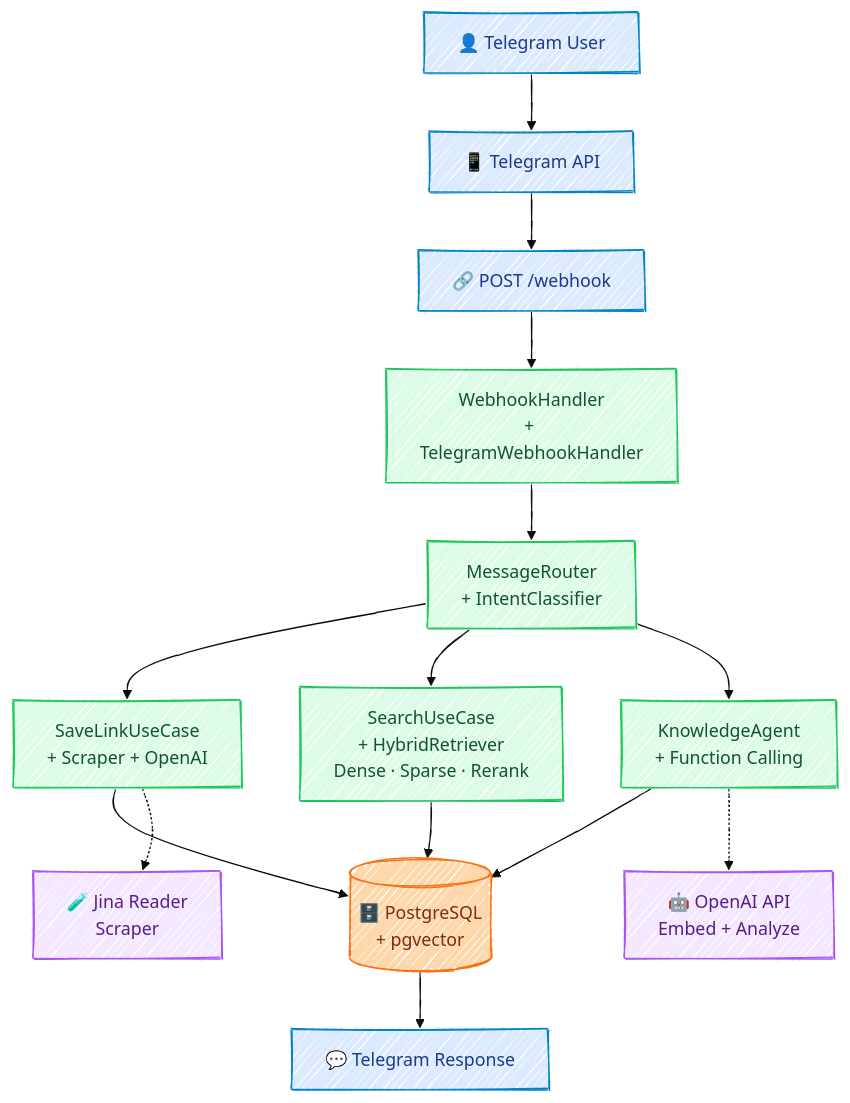
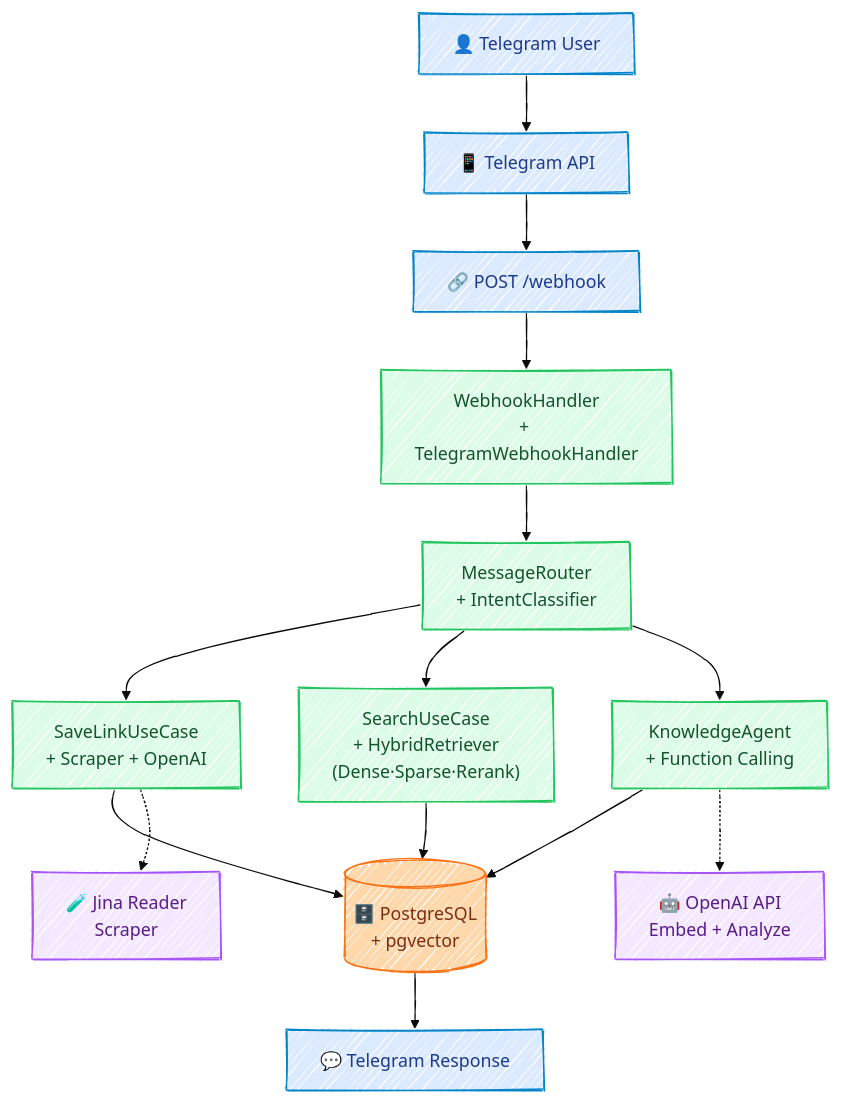
The second of 3 diagrams in docs/superpowers/specs/2026-03-15-diagram-conversion-design.md (chanubc/LinkdBot-RAG), drawn with Mermaid before and after one commit. The commit also changed other lines of this file, not shown here.

Commit message:
docs: fix diagram conversion spec - replace \n with <br/> and improve SearchUseCase alignment

````diff
--- a/docs/superpowers/specs/2026-03-15-diagram-conversion-design.md
+++ b/docs/superpowers/specs/2026-03-15-diagram-conversion-design.md
@@ -84,28 +84,28 @@
 ```mermaid
 %%{init: {"theme": "base", "look": "handDrawn", "themeVariables": {"fontFamily": "Comic Sans MS"}}}%%
 flowchart TD
     classDef input fill:#dbeafe,stroke:#0284c7,color:#1e3a8a
     classDef process fill:#dcfce7,stroke:#22c55e,color:#14532d
     classDef storage fill:#fed7aa,stroke:#f97316,color:#7c2d12
     classDef external fill:#f3e8ff,stroke:#a855f7,color:#581c87
 
     A[👤 Telegram User]:::input
     B[📱 Telegram API]:::input
     C[🔗 POST /webhook]:::input
-    D[WebhookHandler\n+ TelegramWebhookHandler]:::process
-    E[MessageRouter\n+ IntentClassifier]:::process
-    F[SaveLinkUseCase\n+ Scraper + OpenAI]:::process
-    G[SearchUseCase\n+ HybridRetriever\nDense · Sparse · Rerank]:::process
-    H[KnowledgeAgent\n+ Function Calling]:::process
-    I[(🗄️ PostgreSQL\n+ pgvector)]:::storage
-    J[🧪 Jina Reader\nScraper]:::external
-    K[🤖 OpenAI API\nEmbed + Analyze]:::external
+    D[WebhookHandler<br/>+ TelegramWebhookHandler]:::process
+    E[MessageRouter<br/>+ IntentClassifier]:::process
+    F[SaveLinkUseCase<br/>+ Scraper + OpenAI]:::process
+    G["SearchUseCase<br/>+ HybridRetriever<br/>(Dense·Sparse·Rerank)"]:::process
+    H[KnowledgeAgent<br/>+ Function Calling]:::process
+    I[(🗄️ PostgreSQL<br/>+ pgvector)]:::storage
+    J[🧪 Jina Reader<br/>Scraper]:::external
+    K[🤖 OpenAI API<br/>Embed + Analyze]:::external
     L[💬 Telegram Response]:::input
 
     A --> B --> C --> D --> E
     E --> F & G & H
     F & G & H --> I
     I --> L
     F -.-> J
     H -.-> K
 ```
````
